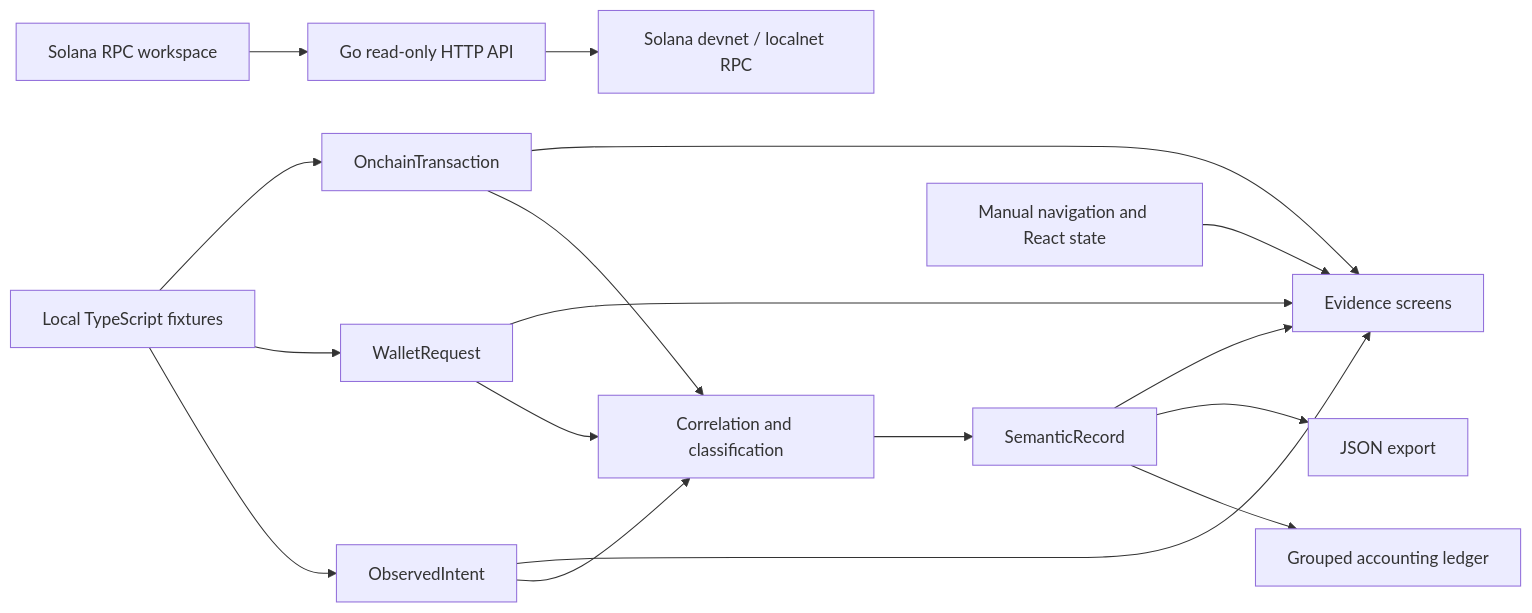
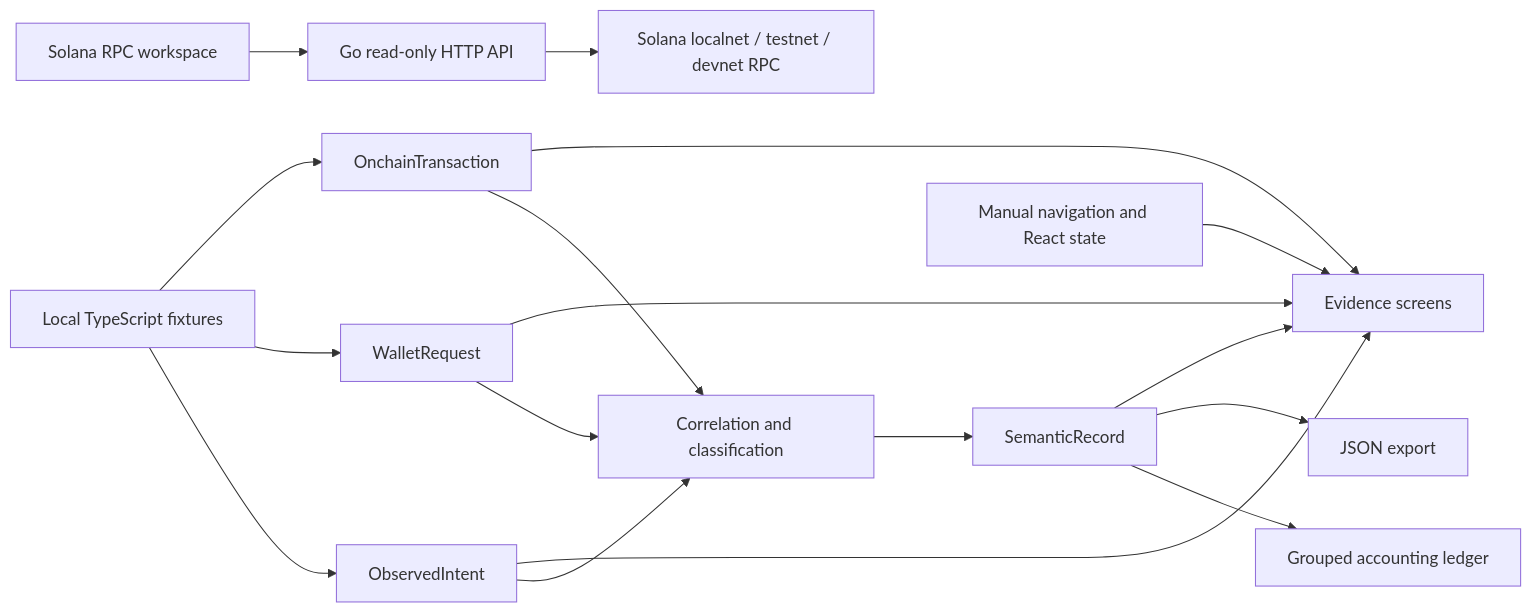
Before and after one commit to tomsyoya/intentledger: the diagram in README.md, drawn with Mermaid. The commit also changed other lines of this file and 10 other files, not shown here.

Commit message:
feat: select Solana RPC by deployment environment

````diff
--- a/README.md
+++ b/README.md
@@ -119,19 +119,19 @@
 ```mermaid
 flowchart LR
   F[Local TypeScript fixtures] --> I[ObservedIntent]
   F --> W[WalletRequest]
   F --> T[OnchainTransaction]
   I --> C[Correlation and classification]
   W --> C
   T --> C
   C --> R[SemanticRecord]
   R --> A[Grouped accounting ledger]
   R --> J[JSON export]
   N[Manual navigation and React state] --> U[Evidence screens]
   L[Solana RPC workspace] --> G[Go read-only HTTP API]
-  G --> S[Solana devnet / localnet RPC]
+  G --> S[Solana localnet / testnet / devnet RPC]
   I --> U
   W --> U
   T --> U
   R --> U
 ```
````
